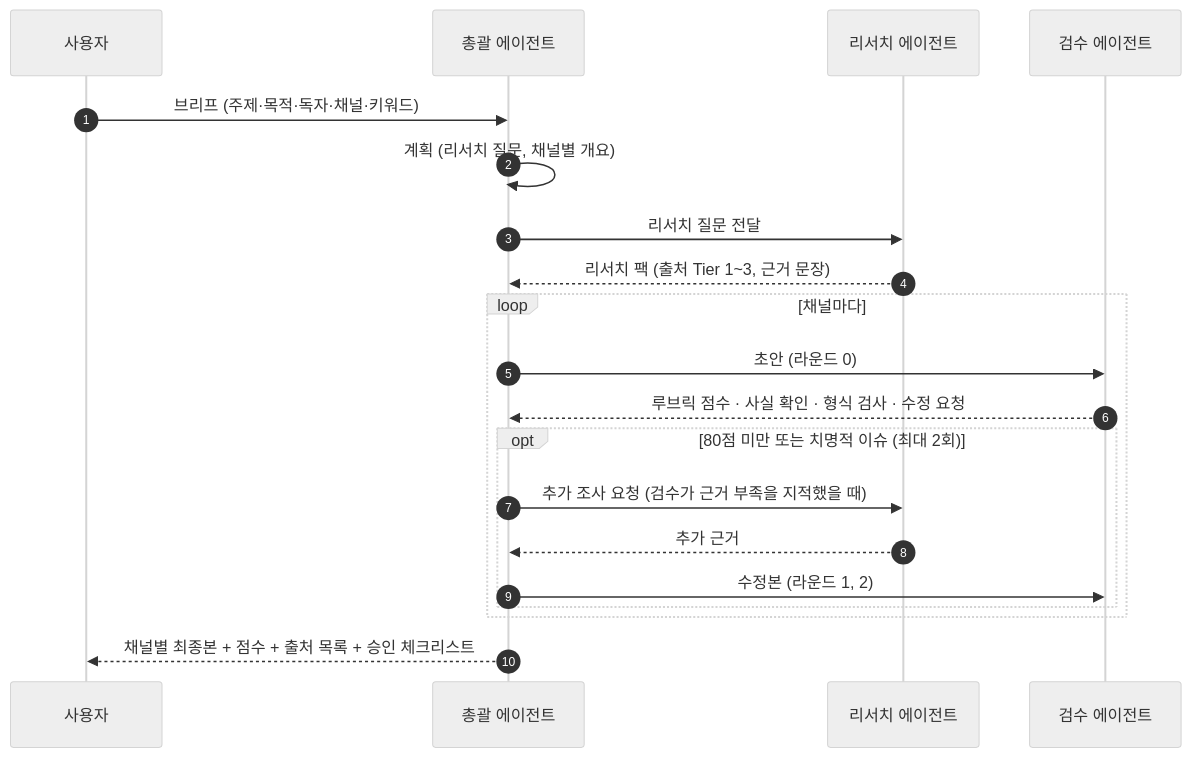
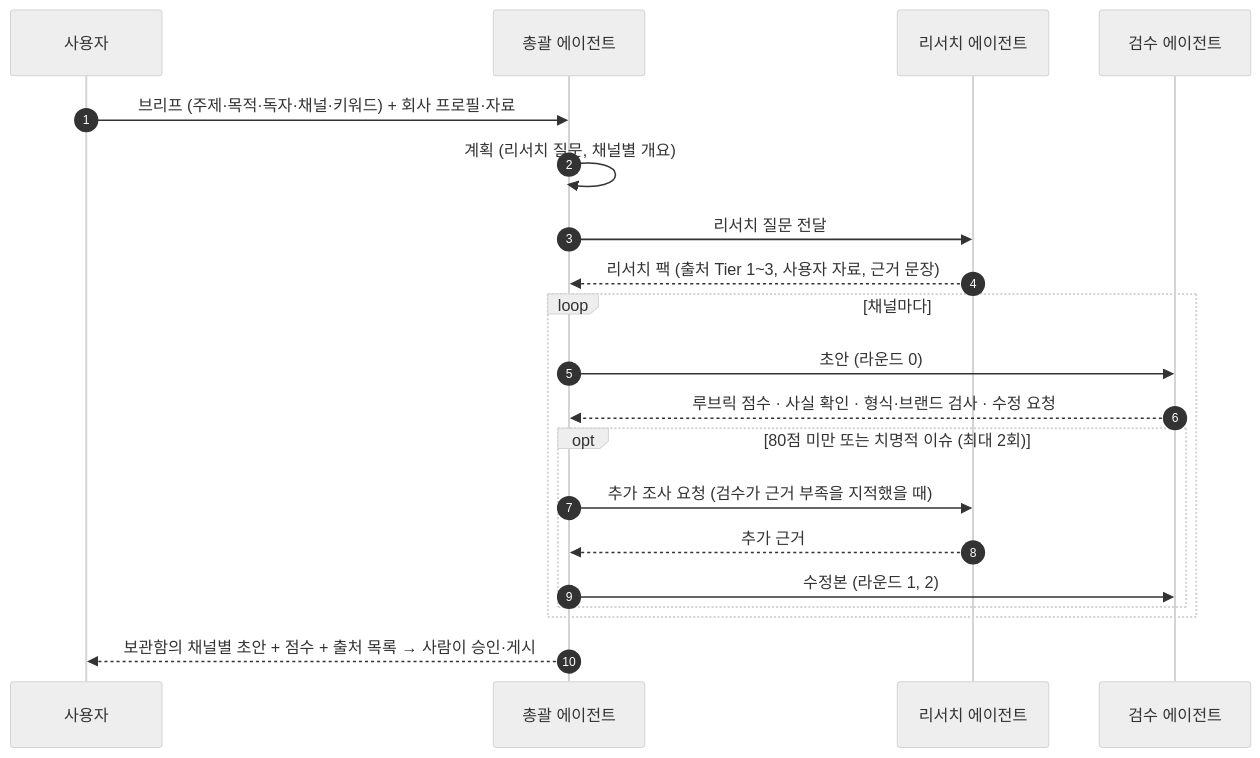
Before and after one commit to Insia88/insia_smartagent: the diagram in README.md, drawn with Mermaid (neutral theme). The commit also changed other lines of this file and 10 other files, not shown here.

````diff
--- a/README.md
+++ b/README.md
@@ -74,22 +106,22 @@
 ```mermaid
 sequenceDiagram
     autonumber
     participant U as 사용자
     participant O as 총괄 에이전트
     participant R as 리서치 에이전트
     participant V as 검수 에이전트
-    U->>O: 브리프 (주제·목적·독자·채널·키워드)
+    U->>O: 브리프 (주제·목적·독자·채널·키워드) + 회사 프로필·자료
     O->>O: 계획 (리서치 질문, 채널별 개요)
     O->>R: 리서치 질문 전달
-    R-->>O: 리서치 팩 (출처 Tier 1~3, 근거 문장)
+    R-->>O: 리서치 팩 (출처 Tier 1~3, 사용자 자료, 근거 문장)
     loop 채널마다
         O->>V: 초안 (라운드 0)
-        V-->>O: 루브릭 점수 · 사실 확인 · 형식 검사 · 수정 요청
+        V-->>O: 루브릭 점수 · 사실 확인 · 형식·브랜드 검사 · 수정 요청
         opt 80점 미만 또는 치명적 이슈 (최대 2회)
             O->>R: 추가 조사 요청 (검수가 근거 부족을 지적했을 때)
             R-->>O: 추가 근거
             O->>V: 수정본 (라운드 1, 2)
         end
     end
-    O-->>U: 채널별 최종본 + 점수 + 출처 목록 + 승인 체크리스트
+    O-->>U: 보관함의 채널별 초안 + 점수 + 출처 목록 → 사람이 승인·게시
 ```
````
